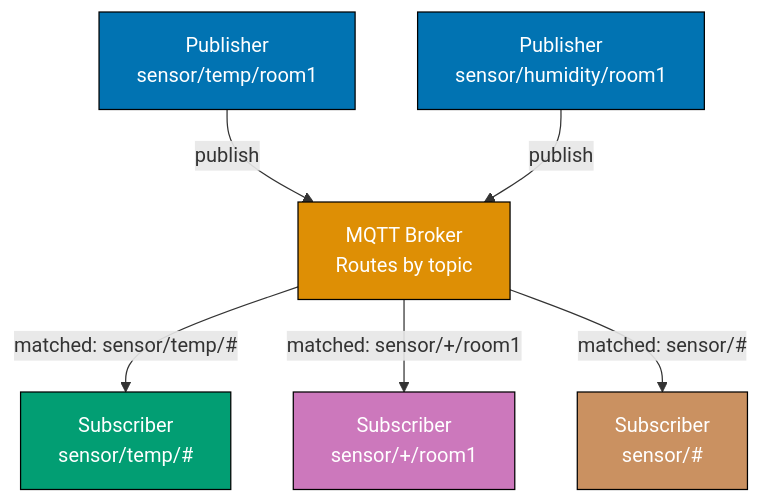
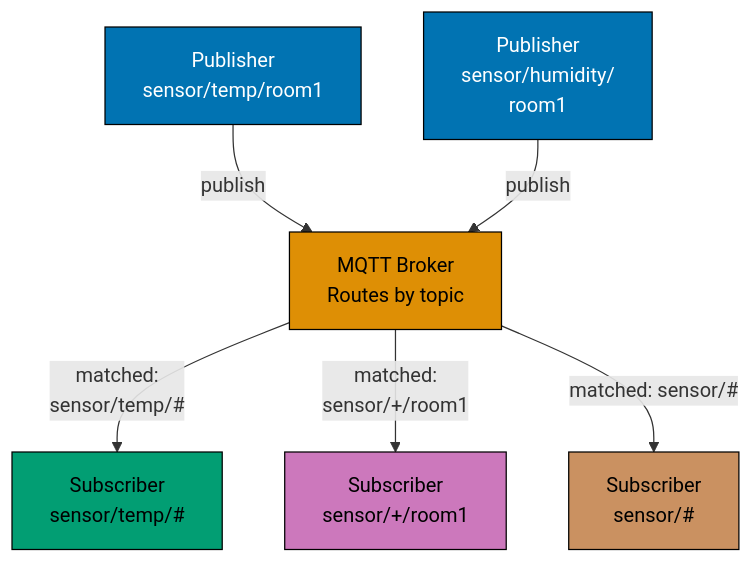
Before and after one commit to wahidyankf/ose-public: the third of 12 diagrams in apps/ayokoding-www/content/en/learn/legacy/software-engineering/networking/by-example/advanced.md, drawn with Mermaid. The commit also changed other lines of this file and 78 other files, not shown here.

First line of the commit message:
fix(mermaid): bring the remaining legacy software-engineering diagrams onto the accessible palette

````diff
--- a/apps/ayokoding-www/content/en/learn/legacy/software-engineering/networking/by-example/advanced.md
+++ b/apps/ayokoding-www/content/en/learn/legacy/software-engineering/networking/by-example/advanced.md
@@ -597,23 +612,31 @@
 ```mermaid
 %% Color Palette: Blue #0173B2, Orange #DE8F05, Teal #029E73, Purple #CC78BC, Brown #CA9161
 graph TD
+    accTitle: Example 63: MQTT Protocol — Pub/Sub for IoT
+    accDescr: Graph with 6 nodes and 5 connections. Nodes: Publisher sensor/temp/room1, Publisher sensor/humidity/ room1, MQTT Broker Routes by topic, Subscriber sensor/temp/, Subscriber sensor/+/room1, Subscriber sensor/. Connections: Publisher sensor/temp/room1 to MQTT Broker Routes by topic (publish), Publisher sensor/humidity/ room1 to MQTT Broker Routes by topic (publish), MQTT Broker Routes by topic to Subscriber sensor/temp/ (matched: sensor/temp/), MQTT Broker Routes by topic to Subscriber sensor/+/room1 (matched: sensor/+/room1), MQTT Broker Routes by topic to Subscriber sensor/ (matched: sensor/).
     P1["Publisher<br/>sensor/temp/room1"]
-    P2["Publisher<br/>sensor/humidity/room1"]
+    P2["Publisher<br/>sensor/humidity/<br/>room1"]
     B["MQTT Broker<br/>Routes by topic"]
     S1["Subscriber<br/>sensor/temp/#"]
     S2["Subscriber<br/>sensor/+/room1"]
     S3["Subscriber<br/>sensor/#"]
 
     P1 -->|publish| B
     P2 -->|publish| B
-    B -->|"matched: sensor/temp/#"| S1
-    B -->|"matched: sensor/+/room1"| S2
+    B -->|"matched:<br/>sensor/temp/#"| S1
+    B -->|"matched:<br/>sensor/+/room1"| S2
     B -->|"matched: sensor/#"| S3
 
-    style B fill:#DE8F05,stroke:#000,color:#fff
-    style P1 fill:#0173B2,stroke:#000,color:#fff
-    style P2 fill:#0173B2,stroke:#000,color:#fff
-    style S1 fill:#029E73,stroke:#000,color:#fff
-    style S2 fill:#CC78BC,stroke:#000,color:#fff
-    style S3 fill:#CA9161,stroke:#000,color:#fff
+    classDef pal-DE8F05 fill:#DE8F05,stroke:#000000,color:#000000
+    class B pal-DE8F05
+    classDef pal-0173B2 fill:#0173B2,stroke:#000000,color:#FFFFFF
+    class P1 pal-0173B2
+    class P2 pal-0173B2
+    classDef pal-029E73 fill:#029E73,stroke:#000000,color:#000000
+    class S1 pal-029E73
+    classDef pal-CC78BC fill:#CC78BC,stroke:#000000,color:#000000
+    class S2 pal-CC78BC
+    classDef pal-CA9161 fill:#CA9161,stroke:#000000,color:#000000
+    class S3 pal-CA9161
+    classDef default fill:#FFFFFF,stroke:#000000,color:#000000
 ```
````
